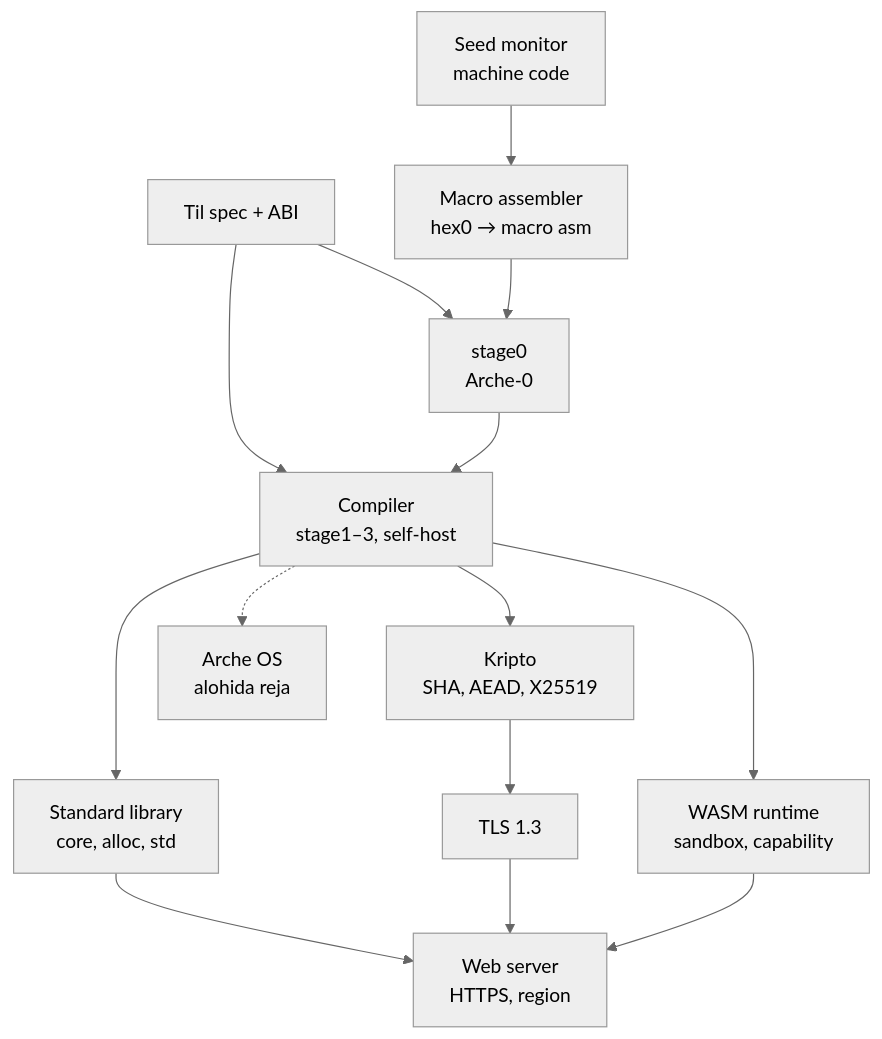
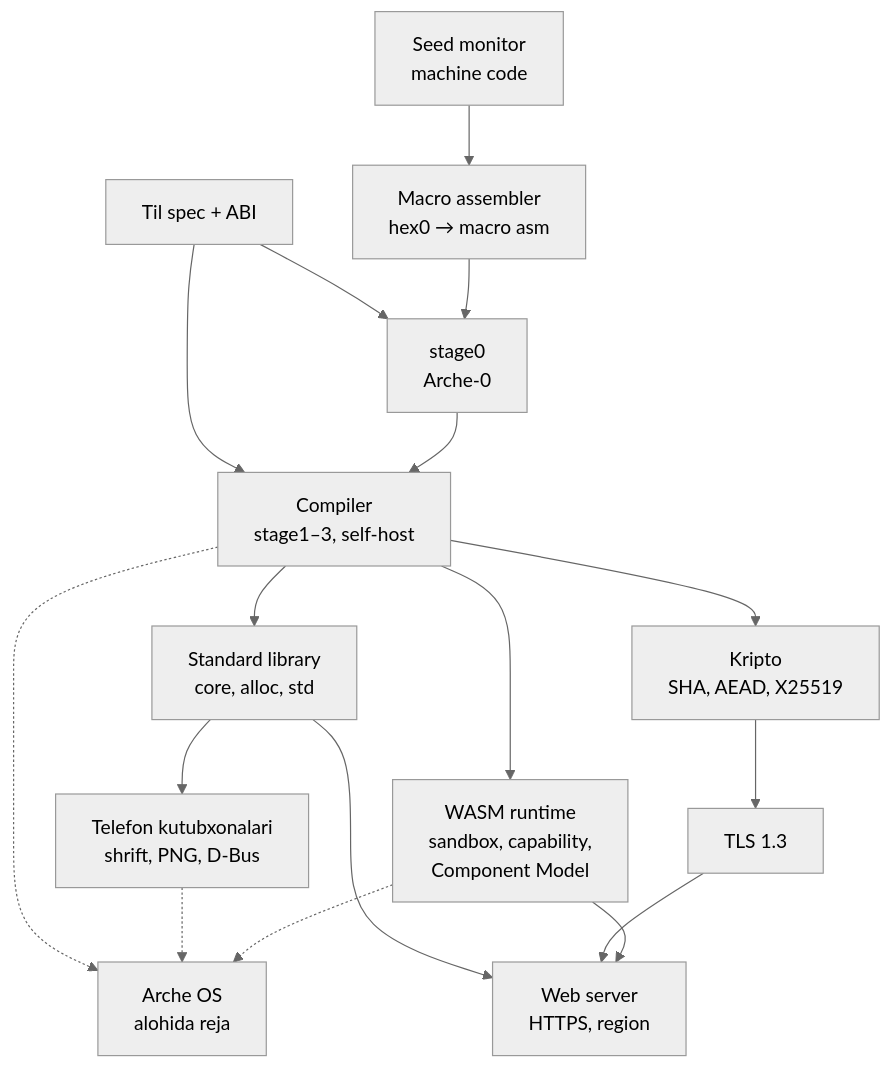
Before and after one commit to arche-family/arche-lang: the diagram in docs/plan.md, drawn with Mermaid (neutral theme). The commit also changed other lines of this file and 2 other files, not shown here.

````diff
--- a/docs/plan.md
+++ b/docs/plan.md
@@ -44,16 +44,19 @@
 ```mermaid
 flowchart TD
     spec["Til spec + ABI"] --> stage0
     spec --> compiler
     seed["Seed monitor<br/>machine code"] --> asm["Macro assembler<br/>hex0 → macro asm"]
     asm --> stage0["stage0<br/>Arche-0"]
     stage0 --> compiler["Compiler<br/>stage1–3, self-host"]
     compiler --> std["Standard library<br/>core, alloc, std"]
     compiler --> crypto["Kripto<br/>SHA, AEAD, X25519"]
-    compiler --> wasm["WASM runtime<br/>sandbox, capability"]
+    compiler --> wasm["WASM runtime<br/>sandbox, capability,<br/>Component Model"]
     compiler -.-> os["Arche OS<br/>alohida reja"]
+    std --> uilib["Telefon kutubxonalari<br/>shrift, PNG, D-Bus"]
+    uilib -.-> os
+    wasm -.-> os
     crypto --> tls["TLS 1.3"]
     std --> web["Web server<br/>HTTPS, region"]
     tls --> web
     wasm --> web
 ```
````
